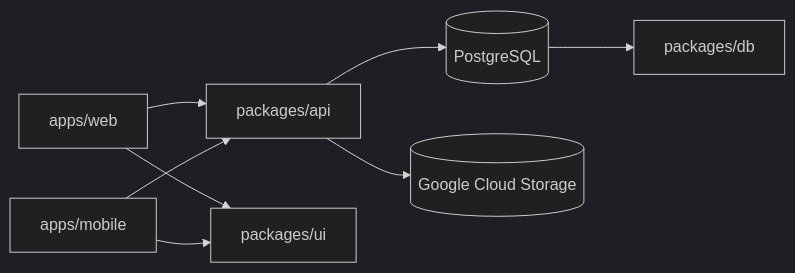
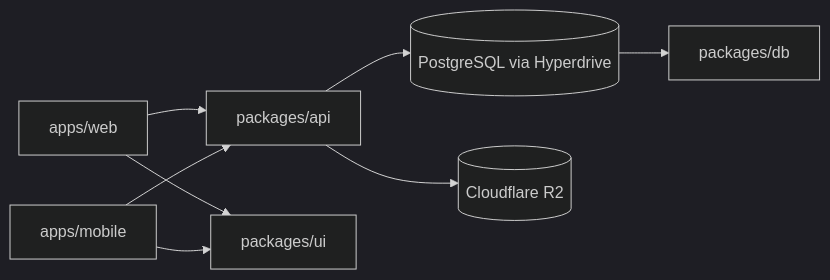
One commit to alexandrelheinen/freshy changed the diagram in docs/architecture.md. Above: the diagram before and after it, drawn with Mermaid (dark theme). The commit also changed other lines of this file and 24 other files, not shown here.

First line of the commit message:
Migrate Freshy infrastructure docs and storage from GCP to Cloudflare

````diff
--- a/docs/architecture.md
+++ b/docs/architecture.md
@@ -51,10 +55,10 @@
 ```mermaid
 flowchart LR
     Web[apps/web] --> API[packages/api]
     Mobile[apps/mobile] --> API
-    API --> DB[(PostgreSQL)]
-    API --> GCS[(Google Cloud Storage)]
+    API --> DB[(PostgreSQL via Hyperdrive)]
+    API --> R2[(Cloudflare R2)]
     Web --> UI[packages/ui]
     Mobile --> UI
     DB --> Prisma[packages/db]
 ```
````
